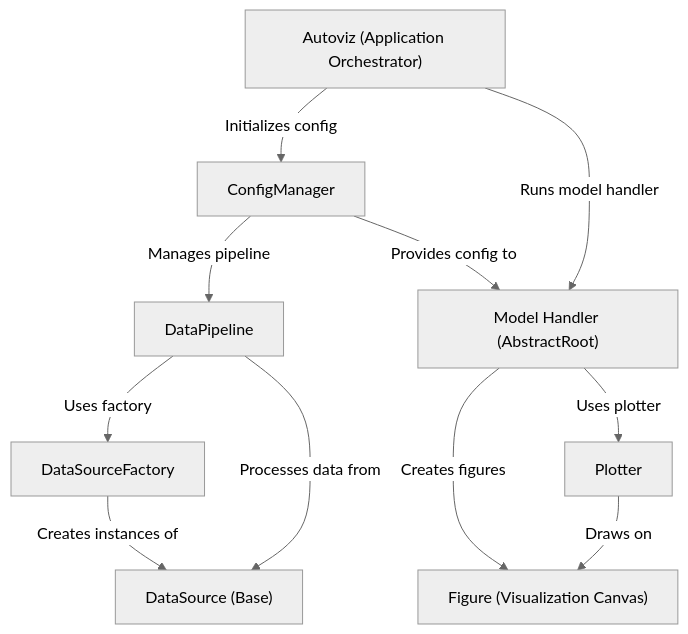
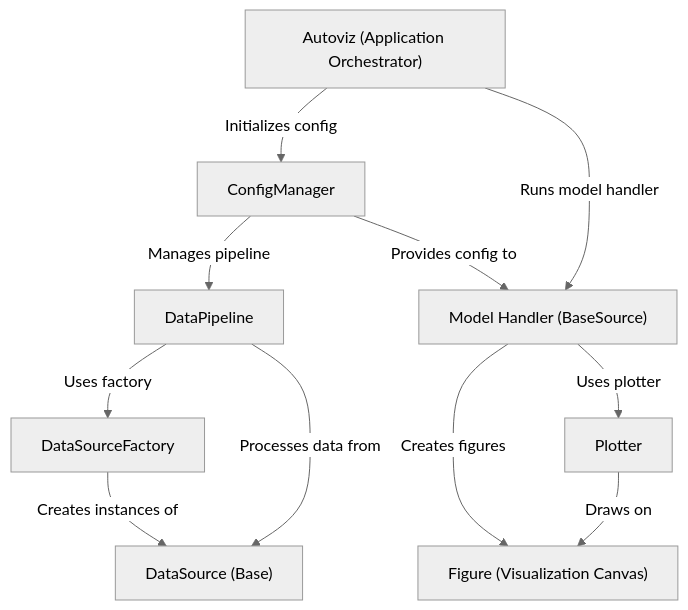
The diagram in docs/tutorial/index.md (cacruz/eviz-dev), drawn with Mermaid (neutral theme) before and after one commit. The commit also changed other lines of this file and 28 other files, not shown here.

````diff
--- a/docs/tutorial/index.md
+++ b/docs/tutorial/index.md
@@ -12,29 +12,29 @@
 ```{mermaid}
 flowchart TD
     A0["Autoviz (Application Orchestrator)
 "]
     A1["ConfigManager
 "]
     A2["DataPipeline
 "]
     A3["DataSource (Base)
 "]
     A4["DataSourceFactory
 "]
-    A5["Model Handler (AbstractRoot)
+    A5["Model Handler (BaseSource)
 "]
     A6["Figure (Visualization Canvas)
 "]
     A7["Plotter
 "]
     A0 -- "Initializes config" --> A1
     A0 -- "Runs model handler" --> A5
     A1 -- "Manages pipeline" --> A2
     A1 -- "Provides config to" --> A5
     A2 -- "Uses factory" --> A4
     A2 -- "Processes data from" --> A3
     A4 -- "Creates instances of" --> A3
     A5 -- "Creates figures" --> A6
     A5 -- "Uses plotter" --> A7
     A7 -- "Draws on" --> A6
 ```
````
